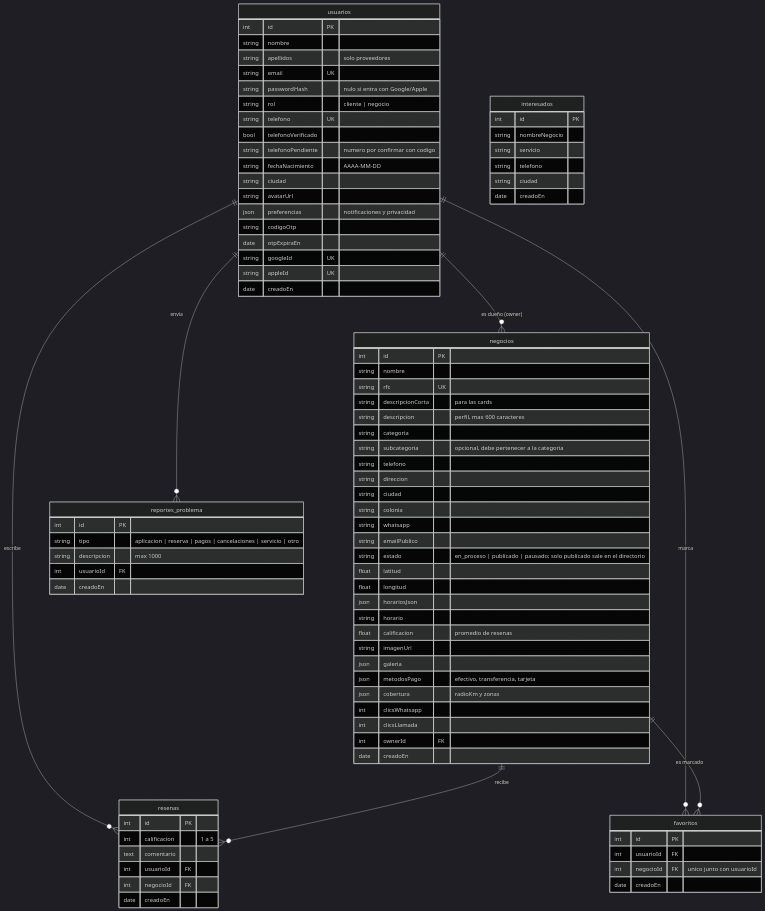
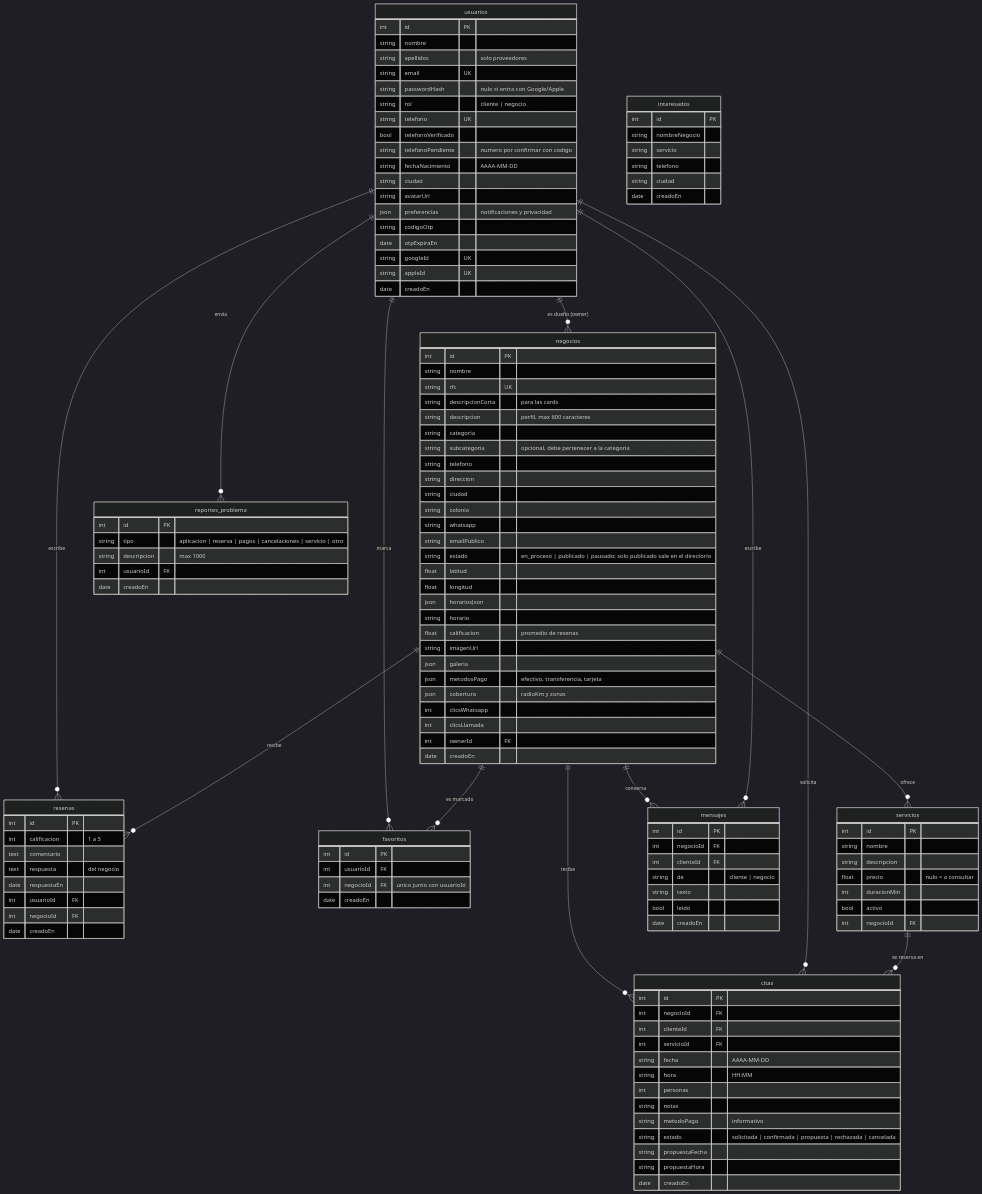
Before and after one commit to lonzo260703-design/Divika-APP-PRIME: the diagram in docs/base-de-datos.md, drawn with Mermaid (dark theme). The commit also changed 1 other file, not shown here.

Commit message:
Docs: contrato de servicios, citas, mensajes y respuesta a reseñas; ER actualizado
Claude-Session: https://claude.ai/code/session_01MYPr4UNnnnrbeZg6BZtKDc

```diff
--- a/docs/base-de-datos.md
+++ b/docs/base-de-datos.md
@@ -9,6 +9,12 @@
   negocios ||--o{ resenas : recibe
   usuarios ||--o{ favoritos : marca
   usuarios ||--o{ reportes_problema : envia
+  negocios ||--o{ servicios : ofrece
+  negocios ||--o{ citas : recibe
+  usuarios ||--o{ citas : solicita
+  servicios ||--o{ citas : "se reserva en"
+  negocios ||--o{ mensajes : conversa
+  usuarios ||--o{ mensajes : escribe
   negocios ||--o{ favoritos : "es marcado"
 
   usuarios {
@@ -29,6 +35,39 @@
     date otpExpiraEn
     string googleId UK
     string appleId UK
+    date creadoEn
+  }
+  servicios {
+    int id PK
+    string nombre
+    string descripcion
+    float precio "nulo = a consultar"
+    int duracionMin
+    bool activo
+    int negocioId FK
+  }
+  citas {
+    int id PK
+    int negocioId FK
+    int clienteId FK
+    int servicioId FK
+    string fecha "AAAA-MM-DD"
+    string hora "HH:MM"
+    int personas
+    string notas
+    string metodoPago "informativo"
+    string estado "solicitada | confirmada | propuesta | rechazada | cancelada"
+    string propuestaFecha
+    string propuestaHora
+    date creadoEn
+  }
+  mensajes {
+    int id PK
+    int negocioId FK
+    int clienteId FK
+    string de "cliente | negocio"
+    string texto
+    bool leido
     date creadoEn
   }
   reportes_problema {
@@ -71,6 +110,8 @@
     int id PK
     int calificacion "1 a 5"
     text comentario
+    text respuesta "del negocio"
+    date respuestaEn
     int usuarioId FK
     int negocioId FK
     date creadoEn
```
